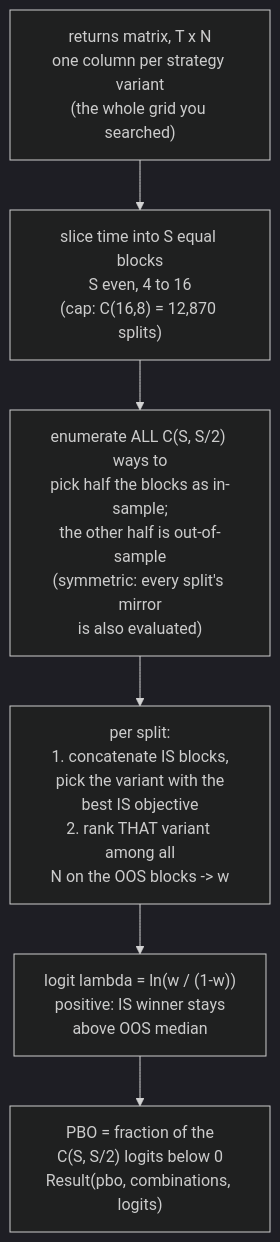
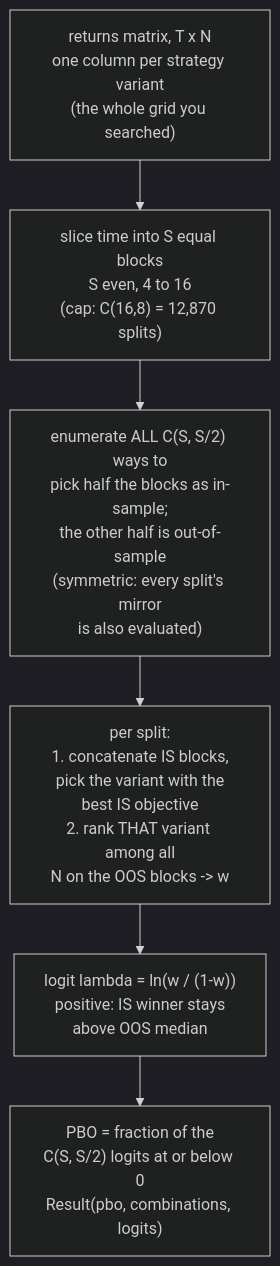
Diagram 32 of 50 in docs/DIAGRAMS.md (AshJha0/Quant-Finance-Library), drawn with Mermaid (dark theme) before and after one commit. The commit also changed other lines of this file and 2 other files, not shown here.

First line of the commit message:
docs: wave-2 review fixes — 2 exercise corrections, 11 diagram-narration edits, recipe 40 example repaired

````diff
--- a/docs/DIAGRAMS.md
+++ b/docs/DIAGRAMS.md
@@ -1164,8 +1165,8 @@
 ```mermaid
 flowchart TD
     M32["returns matrix, T x N<br/>one column per strategy variant<br/>(the whole grid you searched)"] --> B32["slice time into S equal blocks<br/>S even, 4 to 16<br/>(cap: C(16,8) = 12,870 splits)"]
     B32 --> C32["enumerate ALL C(S, S/2) ways to<br/>pick half the blocks as in-sample;<br/>the other half is out-of-sample<br/>(symmetric: every split's mirror<br/>is also evaluated)"]
     C32 --> P32["per split:<br/>1. concatenate IS blocks,<br/>pick the variant with the<br/>best IS objective<br/>2. rank THAT variant among all<br/>N on the OOS blocks -> w"]
     P32 --> L32["logit lambda = ln(w / (1-w))<br/>positive: IS winner stays<br/>above OOS median"]
-    L32 --> PBO32["PBO = fraction of the<br/>C(S, S/2) logits below 0<br/>Result(pbo, combinations, logits)"]
+    L32 --> PBO32["PBO = fraction of the<br/>C(S, S/2) logits at or below 0<br/>Result(pbo, combinations, logits)"]
 ```
````
